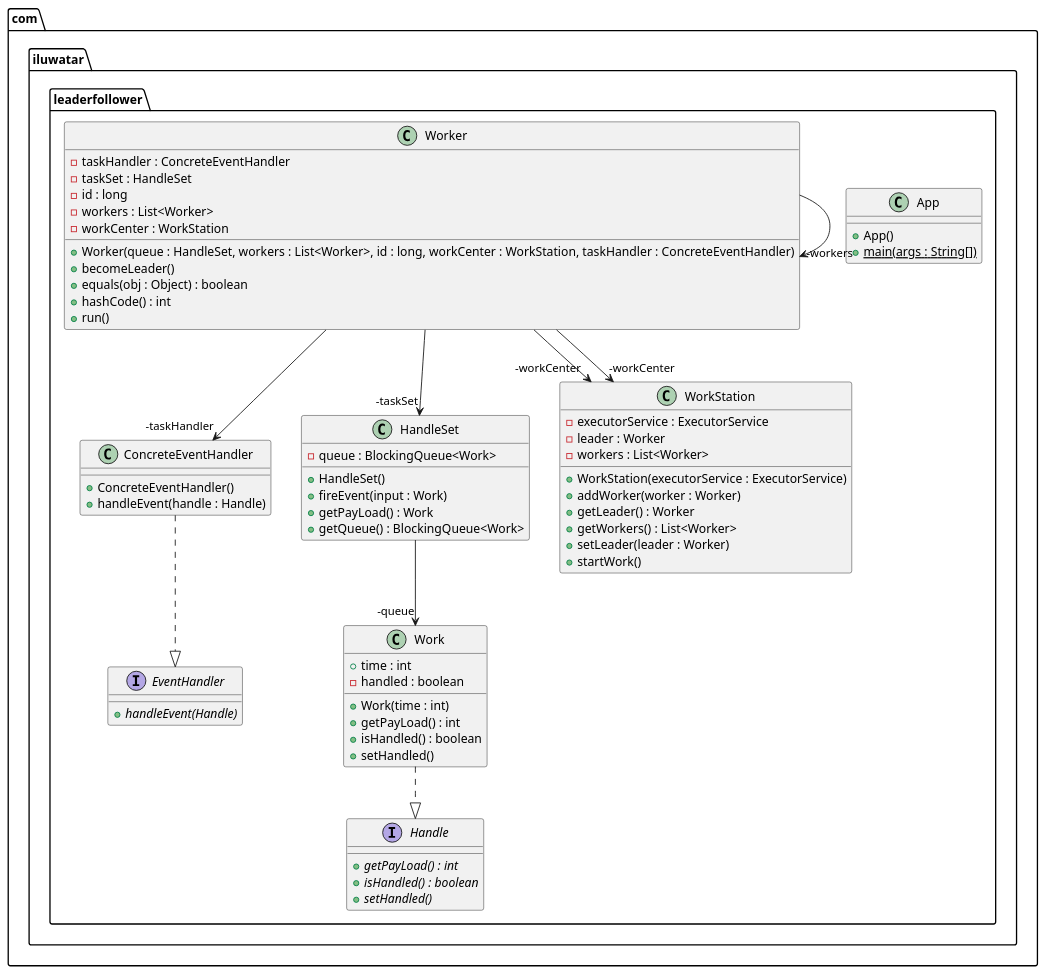
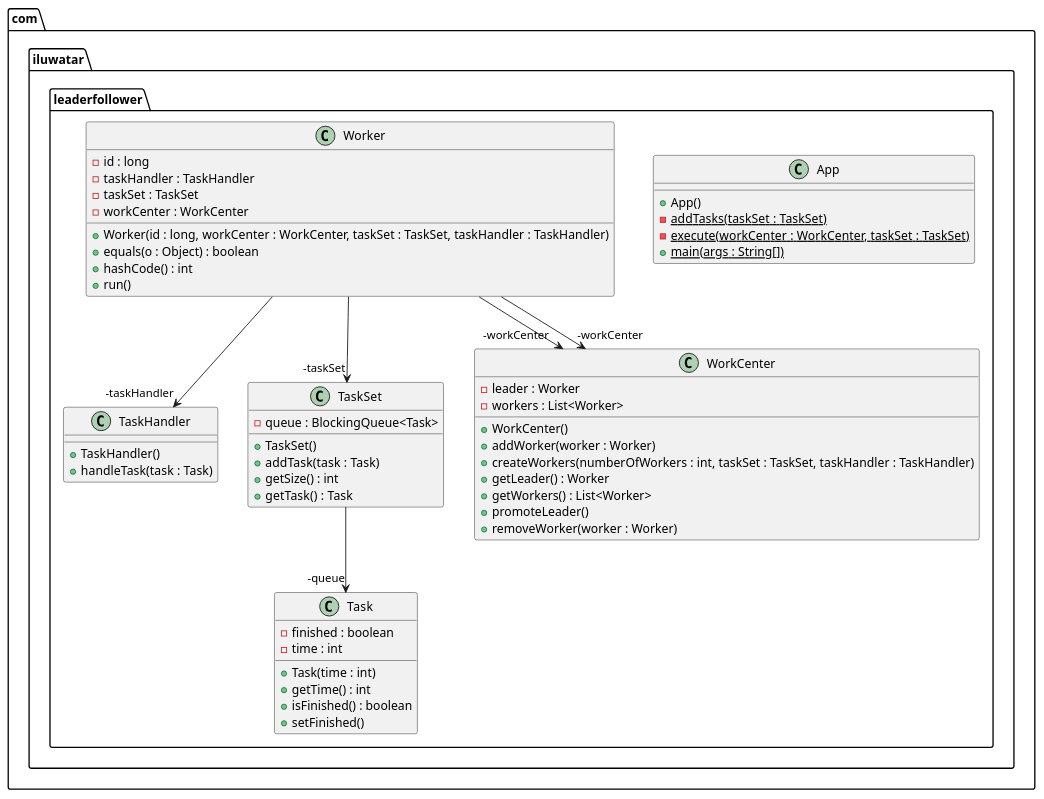
The diagram in leader-follower/etc/leader-follower.urm.puml (npczwh/java-design-patterns), drawn with PlantUML before and after one commit. The commit also changed 6 other files, not shown here.

```diff
--- a/leader-follower/etc/leader-follower.urm.puml
+++ b/leader-follower/etc/leader-follower.urm.puml
@@ -1,66 +1,55 @@
 @startuml
 package com.iluwatar.leaderfollower {
   class App {
     + App()
+    - addTasks(taskSet : TaskSet) {static}
+    - execute(workCenter : WorkCenter, taskSet : TaskSet) {static}
     + main(args : String[]) {static}
   }
-  class ConcreteEventHandler {
-    + ConcreteEventHandler()
-    + handleEvent(handle : Handle)
+  class Task {
+    - finished : boolean
+    - time : int
+    + Task(time : int)
+    + getTime() : int
+    + isFinished() : boolean
+    + setFinished()
   }
-  interface EventHandler {
-    + handleEvent(Handle) {abstract}
+  class TaskHandler {
+    + TaskHandler()
+    + handleTask(task : Task)
   }
-  interface Handle {
-    + getPayLoad() : int {abstract}
-    + isHandled() : boolean {abstract}
-    + setHandled() {abstract}
+  class TaskSet {
+    - queue : BlockingQueue<Task>
+    + TaskSet()
+    + addTask(task : Task)
+    + getSize() : int
+    + getTask() : Task
   }
-  class HandleSet {
-    - queue : BlockingQueue<Work>
-    + HandleSet()
-    + fireEvent(input : Work)
-    + getPayLoad() : Work
-    + getQueue() : BlockingQueue<Work>
-  }
-  class Work {
-    + time : int
-    - handled : boolean
-    + Work(time : int)
-    + getPayLoad() : int
-    + isHandled() : boolean
-    + setHandled()
-  }
-  class WorkStation {
-    - executorService : ExecutorService
+  class WorkCenter {
     - leader : Worker
     - workers : List<Worker>
-    + WorkStation(executorService : ExecutorService)
+    + WorkCenter()
     + addWorker(worker : Worker)
+    + createWorkers(numberOfWorkers : int, taskSet : TaskSet, taskHandler : TaskHandler)
     + getLeader() : Worker
     + getWorkers() : List<Worker>
-    + setLeader(leader : Worker)
-    + startWork()
+    + promoteLeader()
+    + removeWorker(worker : Worker)
   }
   class Worker {
-    - taskHandler : ConcreteEventHandler
-    - taskSet : HandleSet
     - id : long
-    - workers : List<Worker>
-    - workCenter : WorkStation
-    + Worker(queue : HandleSet, workers : List<Worker>, id : long, workCenter : WorkStation, taskHandler : ConcreteEventHandler)
-    + becomeLeader()
-    + equals(obj : Object) : boolean
+    - taskHandler : TaskHandler
+    - taskSet : TaskSet
+    - workCenter : WorkCenter
+    + Worker(id : long, workCenter : WorkCenter, taskSet : TaskSet, taskHandler : TaskHandler)
+    + equals(o : Object) : boolean
     + hashCode() : int
     + run()
   }
 }
-HandleSet -->  "-queue" Work
-Worker -->  "-taskSet" HandleSet
-Worker -->  "-taskHandler" ConcreteEventHandler
-Worker -->  "-workers" Worker
-Worker -->  "-workCenter" WorkStation
-Worker -->  "-workCenter" WorkStation
-ConcreteEventHandler ..|> EventHandler 
-Work ..|> Handle 
+Worker -->  "-taskSet" TaskSet
+Worker -->  "-taskHandler" TaskHandler
+TaskSet -->  "-queue" Task
+Worker -->  "-workCenter" WorkCenter
+Worker -->  "-workCenter" WorkCenter
 @enduml
```
